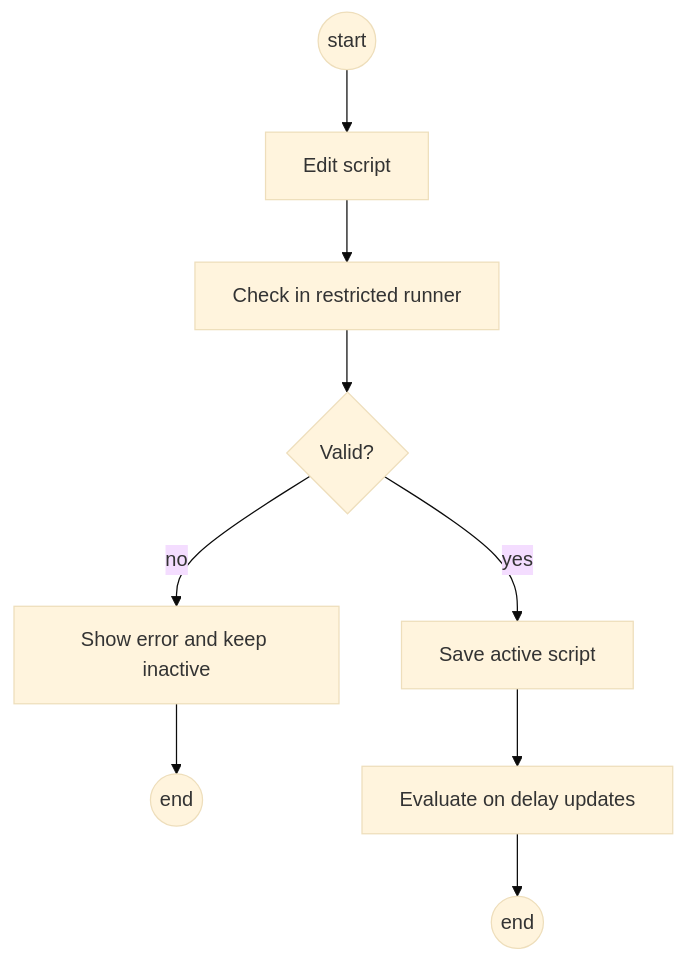
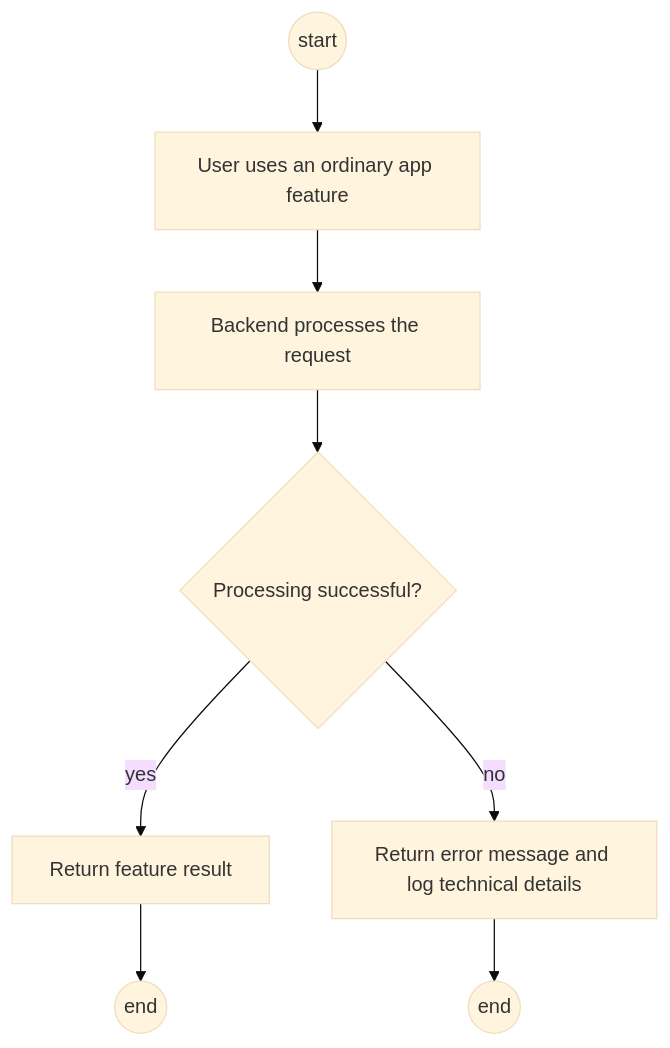
Before and after one commit to LPuehringerStudent/LeoWay: the ninth of 18 diagrams in docs/LeoWay-System-Specification.md, drawn with Mermaid (base theme). The commit also changed other lines of this file and 2 other files, not shown here.

Commit message:
docs: correct Auspex to backend only and clarify application domain

````diff
--- a/docs/LeoWay-System-Specification.md
+++ b/docs/LeoWay-System-Specification.md
@@ -347,11 +330,10 @@
 ```mermaid
 %% activity
 flowchart TD
-  s((start)) --> a[Edit script]
-  a --> b[Check in restricted runner]
-  b --> c{Valid?}
-  c -- yes --> d[Save active script]
-  c -- no --> e[Show error and keep inactive] --> x2((end))
-  d --> f[Evaluate on delay updates]
-  f --> x((end))
+  s((start)) --> a[User uses an ordinary app feature]
+  a --> b[Backend processes the request]
+  b --> c{Processing successful?}
+  c -- yes --> d[Return feature result]
+  c -- no --> e[Return error message and log technical details] --> x2((end))
+  d --> x((end))
 ```
````
